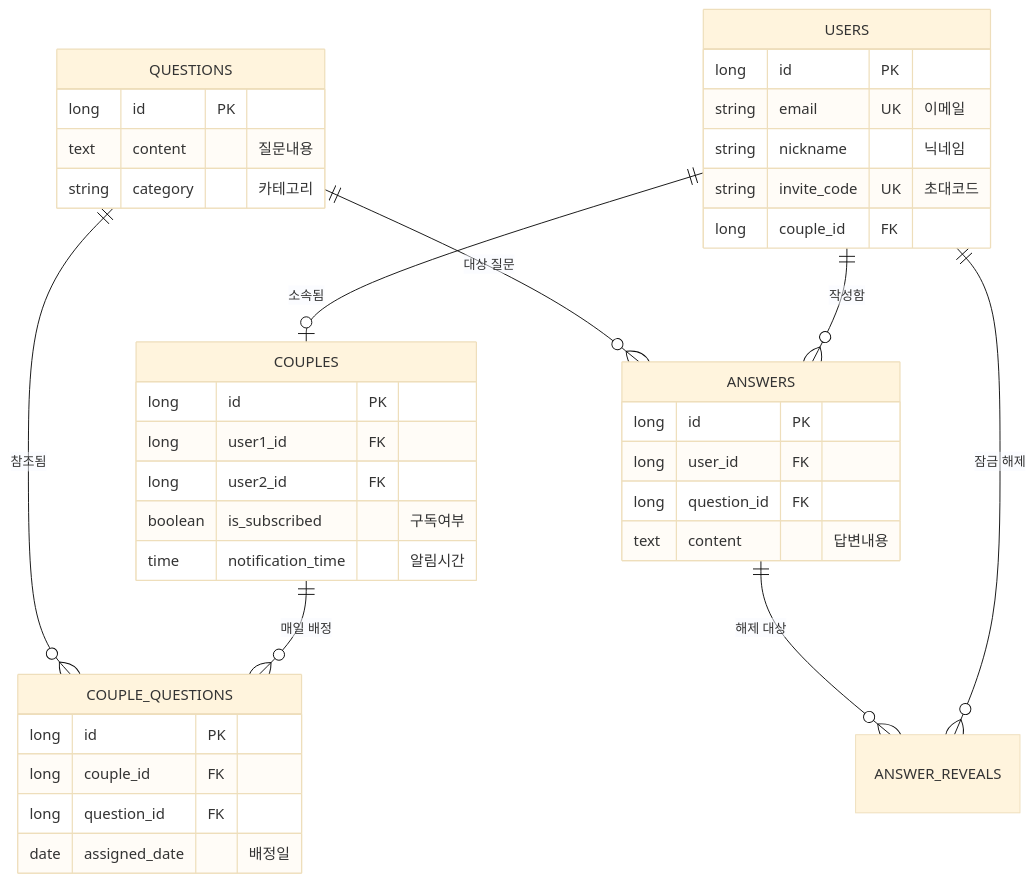
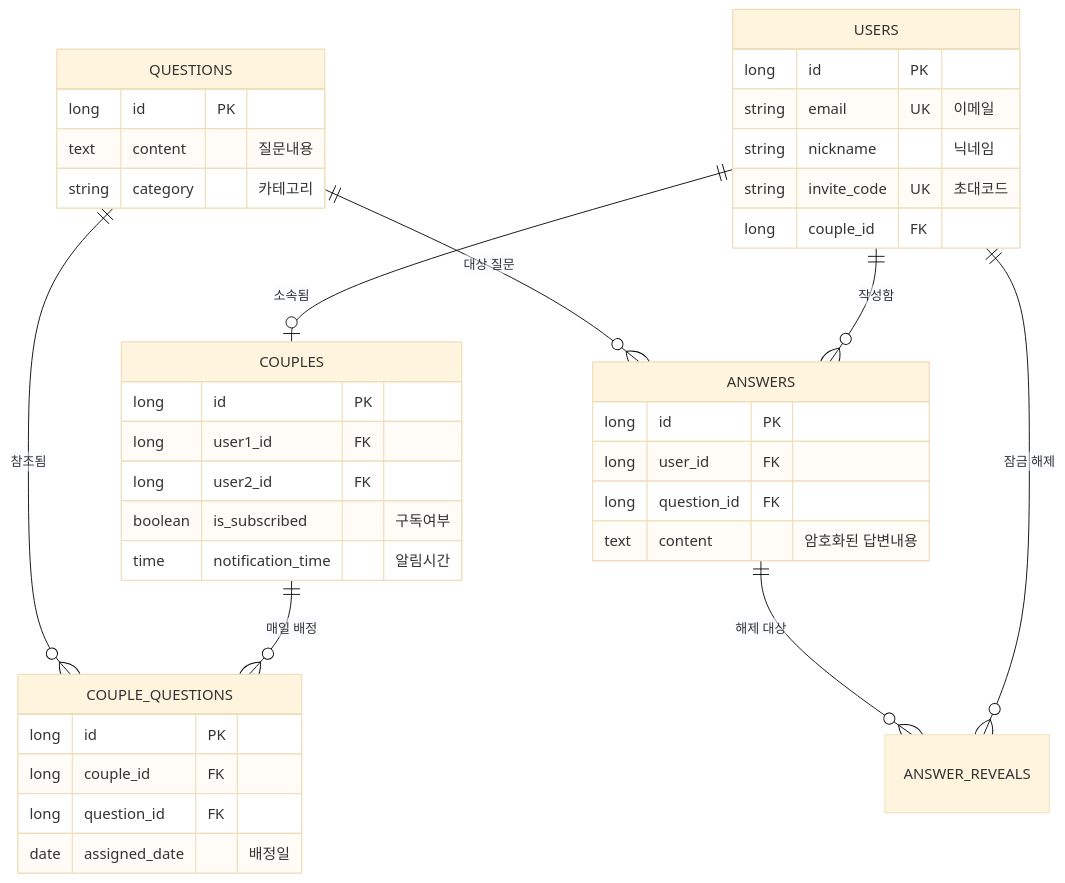
One commit to un-lock/unlock-backend changed the diagram in README.md. Above: the diagram before and after it, drawn with Mermaid (base theme). The commit also changed other lines of this file, not shown here.

````diff
--- a/README.md
+++ b/README.md
@@ -60,42 +55,42 @@
 ```mermaid
 erDiagram
     USERS ||--o| COUPLES : "소속됨"
     COUPLES ||--o{ COUPLE_QUESTIONS : "매일 배정"
     QUESTIONS ||--o{ COUPLE_QUESTIONS : "참조됨"
     USERS ||--o{ ANSWERS : "작성함"
     QUESTIONS ||--o{ ANSWERS : "대상 질문"
     USERS ||--o{ ANSWER_REVEALS : "잠금 해제"
     ANSWERS ||--o{ ANSWER_REVEALS : "해제 대상"
 
     USERS {
         long id PK
         string email UK "이메일"
         string nickname "닉네임"
         string invite_code UK "초대코드"
         long couple_id FK
     }
     COUPLES {
         long id PK
         long user1_id FK
         long user2_id FK
         boolean is_subscribed "구독여부"
         time notification_time "알림시간"
     }
     QUESTIONS {
         long id PK
         text content "질문내용"
         string category "카테고리"
     }
     COUPLE_QUESTIONS {
         long id PK
         long couple_id FK
         long question_id FK
         date assigned_date "배정일"
     }
     ANSWERS {
         long id PK
         long user_id FK
         long question_id FK
-        text content "답변내용"
+        text content "암호화된 답변내용"
     }
 ```
````
